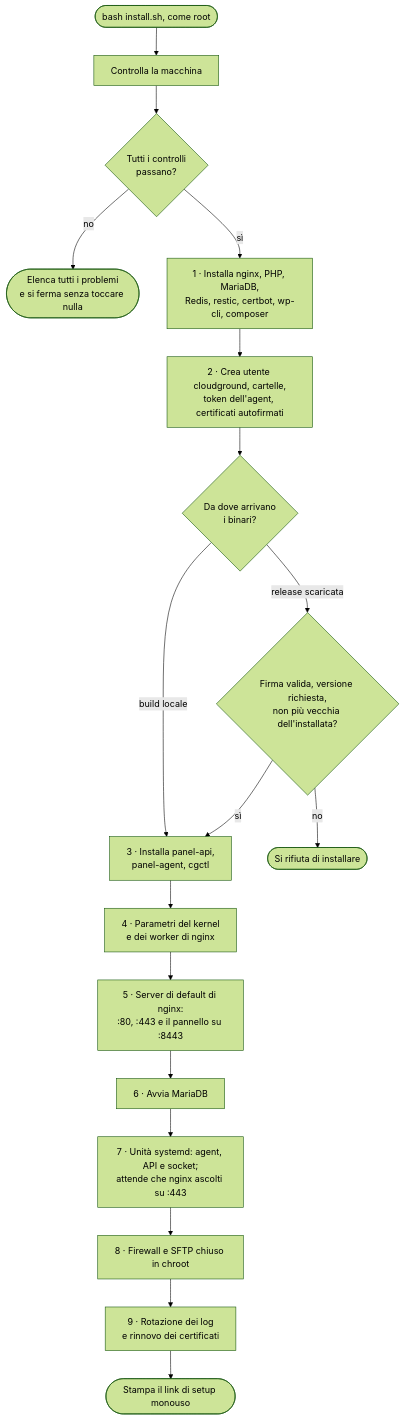
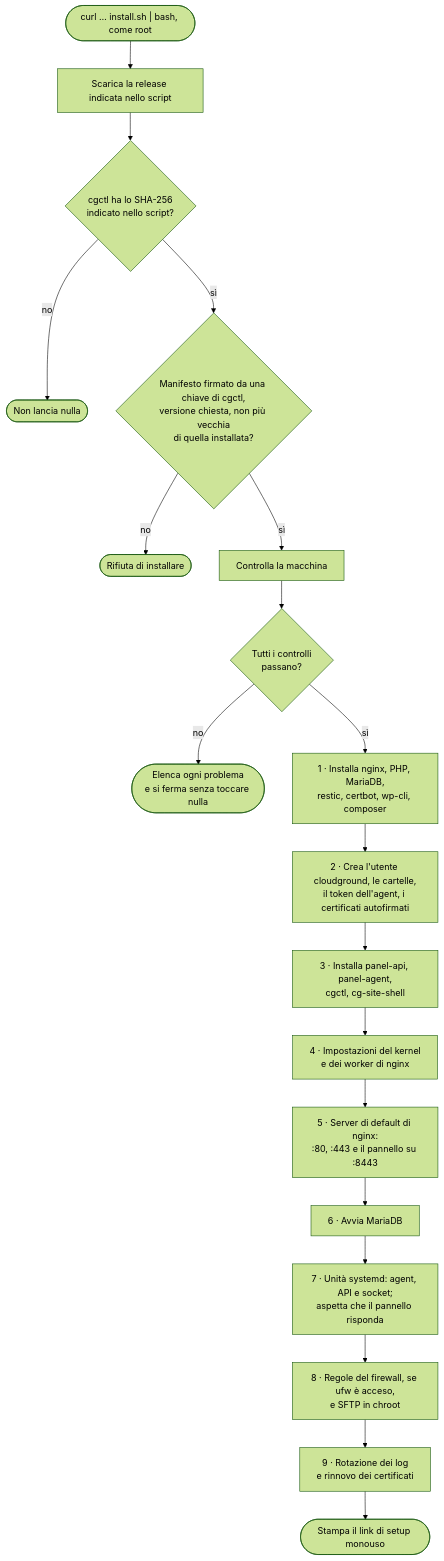
Before and after one commit to cloudground-it/cloudground-docs: the diagram in docs/explanation/installation.mdx, drawn with Mermaid (forest theme). The commit also changed other lines of this file and 18 other files, not shown here.

First line of the commit message:
Install, update and uninstall for v0.1.0, the first signed release

````diff
--- a/docs/explanation/installation.mdx
+++ b/docs/explanation/installation.mdx
@@ -17,20 +18,21 @@
 ```mermaid
 flowchart TD
-  start(["bash install.sh, come root"]) --> check["Controlla la macchina"]
+  start(["curl … install.sh | bash, come root"]) --> dl["Scarica la release indicata nello script"]
+  dl --> pin{"cgctl ha lo SHA-256<br/>indicato nello script?"}
+  pin -- "no" --> refuse(["Non lancia nulla"])
+  pin -- "sì" --> verify{"Manifesto firmato da una chiave di cgctl,<br/>versione chiesta, non più vecchia<br/>di quella installata?"}
+  verify -- "no" --> refuse2(["Rifiuta di installare"])
+  verify -- "sì" --> check["Controlla la macchina"]
   check --> ok{"Tutti i controlli<br/>passano?"}
-  ok -- "no" --> stop(["Elenca tutti i problemi<br/>e si ferma senza toccare nulla"])
-  ok -- "sì" --> pkgs["1 · Installa nginx, PHP, MariaDB,<br/>Redis, restic, certbot, wp-cli, composer"]
-  pkgs --> users["2 · Crea utente cloudground, cartelle,<br/>token dell'agent, certificati autofirmati"]
-  users --> src{"Da dove arrivano<br/>i binari?"}
-  src -- "build locale" --> bins["3 · Installa panel-api,<br/>panel-agent, cgctl"]
-  src -- "release scaricata" --> verify{"Firma valida, versione richiesta,<br/>non più vecchia dell'installata?"}
-  verify -- "no" --> refuse(["Si rifiuta di installare"])
-  verify -- "sì" --> bins
-  bins --> kernel["4 · Parametri del kernel<br/>e dei worker di nginx"]
+  ok -- "no" --> stop(["Elenca ogni problema<br/>e si ferma senza toccare nulla"])
+  ok -- "sì" --> pkgs["1 · Installa nginx, PHP, MariaDB,<br/>restic, certbot, wp-cli, composer"]
+  pkgs --> users["2 · Crea l'utente cloudground, le cartelle,<br/>il token dell'agent, i certificati autofirmati"]
+  users --> bins["3 · Installa panel-api, panel-agent,<br/>cgctl, cg-site-shell"]
+  bins --> kernel["4 · Impostazioni del kernel<br/>e dei worker di nginx"]
   kernel --> nginx["5 · Server di default di nginx:<br/>:80, :443 e il pannello su :8443"]
   nginx --> maria["6 · Avvia MariaDB"]
-  maria --> svc["7 · Unità systemd: agent, API e socket;<br/>attende che nginx ascolti su :443"]
-  svc --> fw["8 · Firewall e SFTP chiuso in chroot"]
+  maria --> svc["7 · Unità systemd: agent, API e socket;<br/>aspetta che il pannello risponda"]
+  svc --> fw["8 · Regole del firewall, se ufw è acceso,<br/>e SFTP in chroot"]
   fw --> rot["9 · Rotazione dei log<br/>e rinnovo dei certificati"]
   rot --> link(["Stampa il link di setup monouso"])
 ```
````
